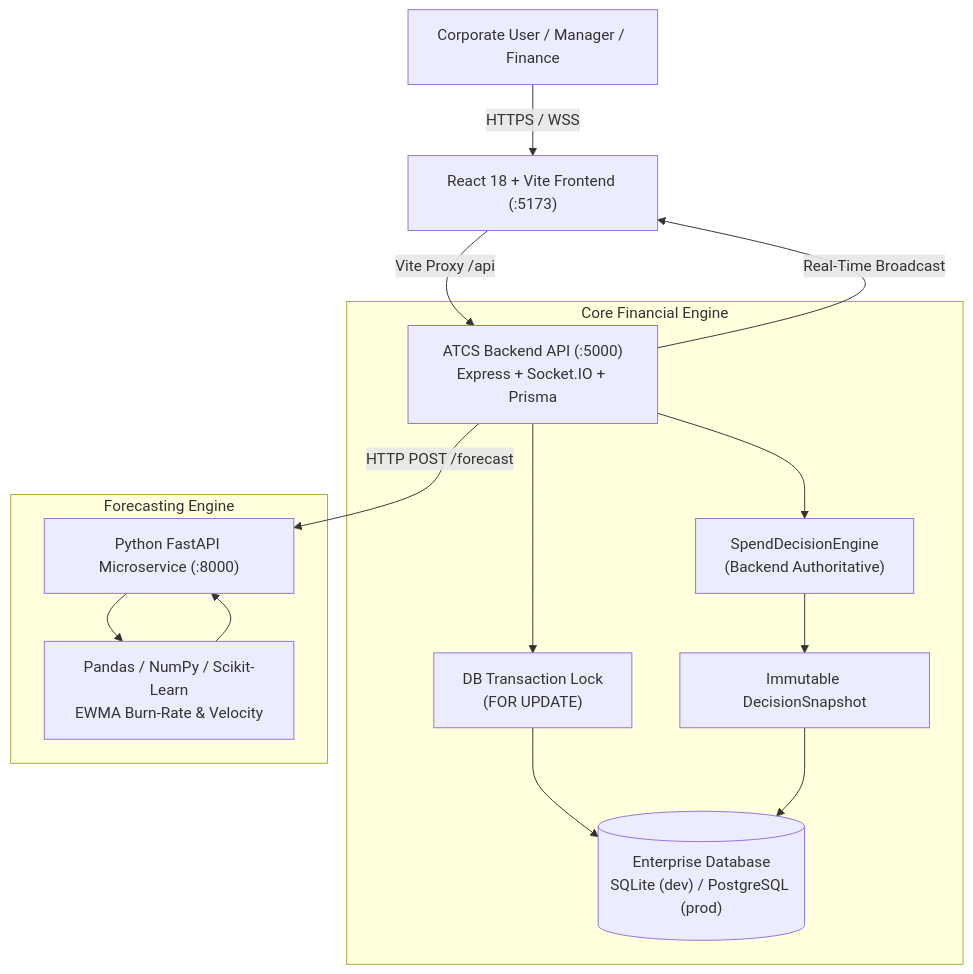
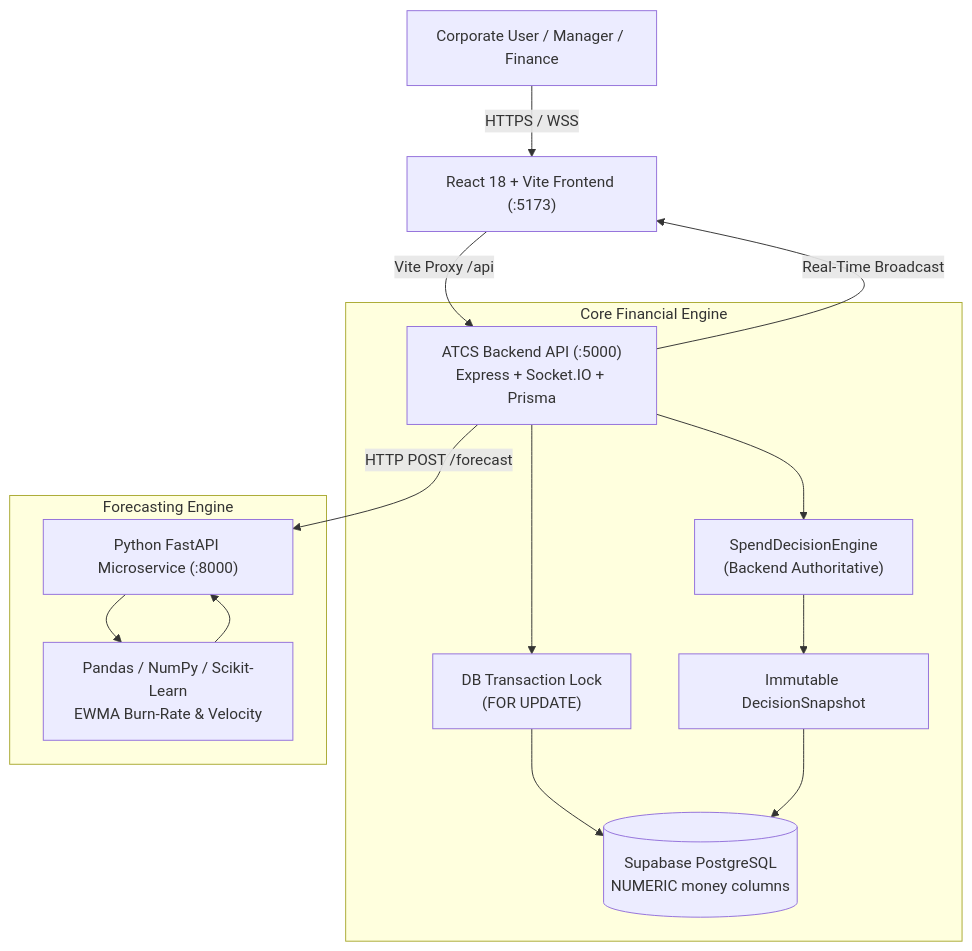
One commit to sourajirishi7/ATCS changed the first of 2 diagrams in README.md. Above: the diagram before and after it, drawn with Mermaid. The commit also changed other lines of this file and 83 other files, not shown here.

````diff
--- a/README.md
+++ b/README.md
@@ -56,21 +57,21 @@
 ```mermaid
 graph TD
     User["Corporate User / Manager / Finance"] -->|HTTPS / WSS| Web["React 18 + Vite Frontend (:5173)"]
     Web -->|Vite Proxy /api| Node["ATCS Backend API (:5000)<br/>Express + Socket.IO + Prisma"]
     
     subgraph "Core Financial Engine"
         Node --> SDE["SpendDecisionEngine<br/>(Backend Authoritative)"]
         Node --> Lock["DB Transaction Lock<br/>(FOR UPDATE)"]
-        Lock --> DB[("Enterprise Database<br/>SQLite (dev) / PostgreSQL (prod)")]
+        Lock --> DB[("Supabase PostgreSQL<br/>NUMERIC money columns")]
         SDE --> Snapshot["Immutable DecisionSnapshot"]
         Snapshot --> DB
     end
 
     subgraph "Forecasting Engine"
         Node -->|HTTP POST /forecast| Py["Python FastAPI Microservice (:8000)"]
         Py --> EWMA["Pandas / NumPy / Scikit-Learn<br/>EWMA Burn-Rate & Velocity"]
         EWMA --> Py
     end
 
     Node -->|Real-Time Broadcast| Web
 ```
````
